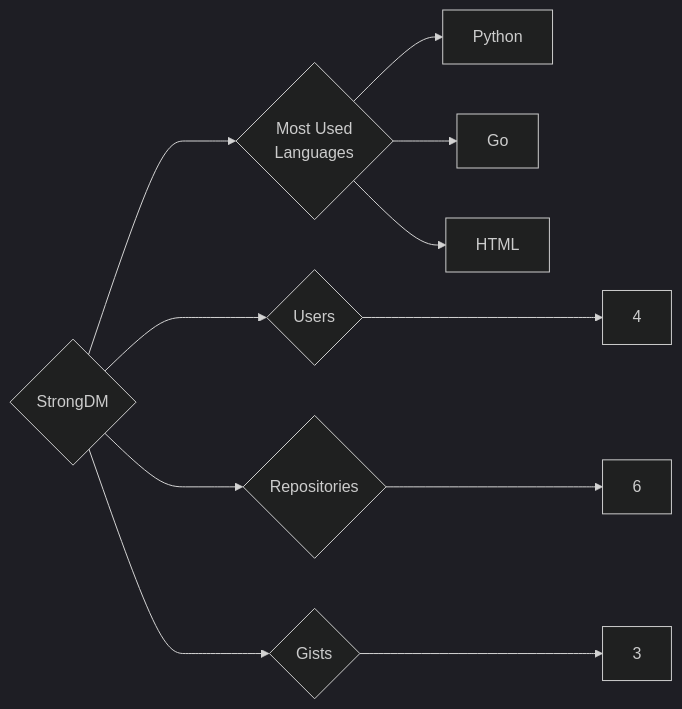
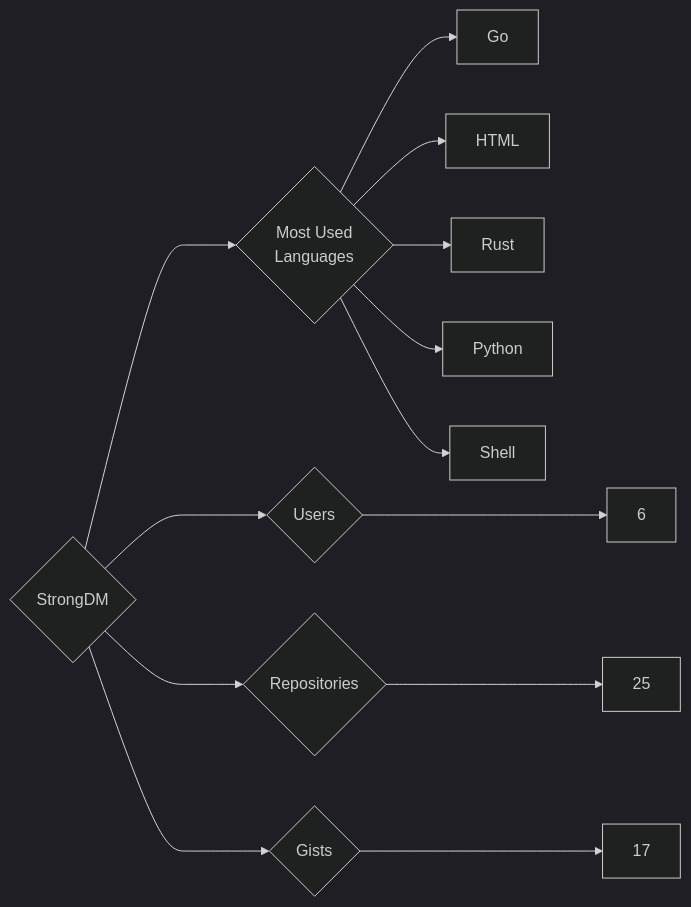
The diagram in targets/StrongDM/README.md (trickest/insiders), drawn with Mermaid (dark theme) before and after one commit. The commit also changed 970 other files, not shown here.

````diff
--- a/targets/StrongDM/README.md
+++ b/targets/StrongDM/README.md
@@ -3,11 +3,13 @@
 ```mermaid
 graph LR
 COMPANY_NAME{StrongDM}
-COMPANY_NAME ---> U{Users} ---> UN[4]
-COMPANY_NAME ---> R{Repositories} ---> RN[6]
-COMPANY_NAME ---> G{Gists} ---> GN[3]
+COMPANY_NAME ---> U{Users} ---> UN[6]
+COMPANY_NAME ---> R{Repositories} ---> RN[25]
+COMPANY_NAME ---> G{Gists} ---> GN[17]
 COMPANY_NAME ---> ML{Most Used<br>Languages}
-ML --> Python[Python]
 ML --> Go[Go]
 ML --> HTML[HTML]
+ML --> Rust[Rust]
+ML --> Python[Python]
+ML --> Shell[Shell]
 ```
````
